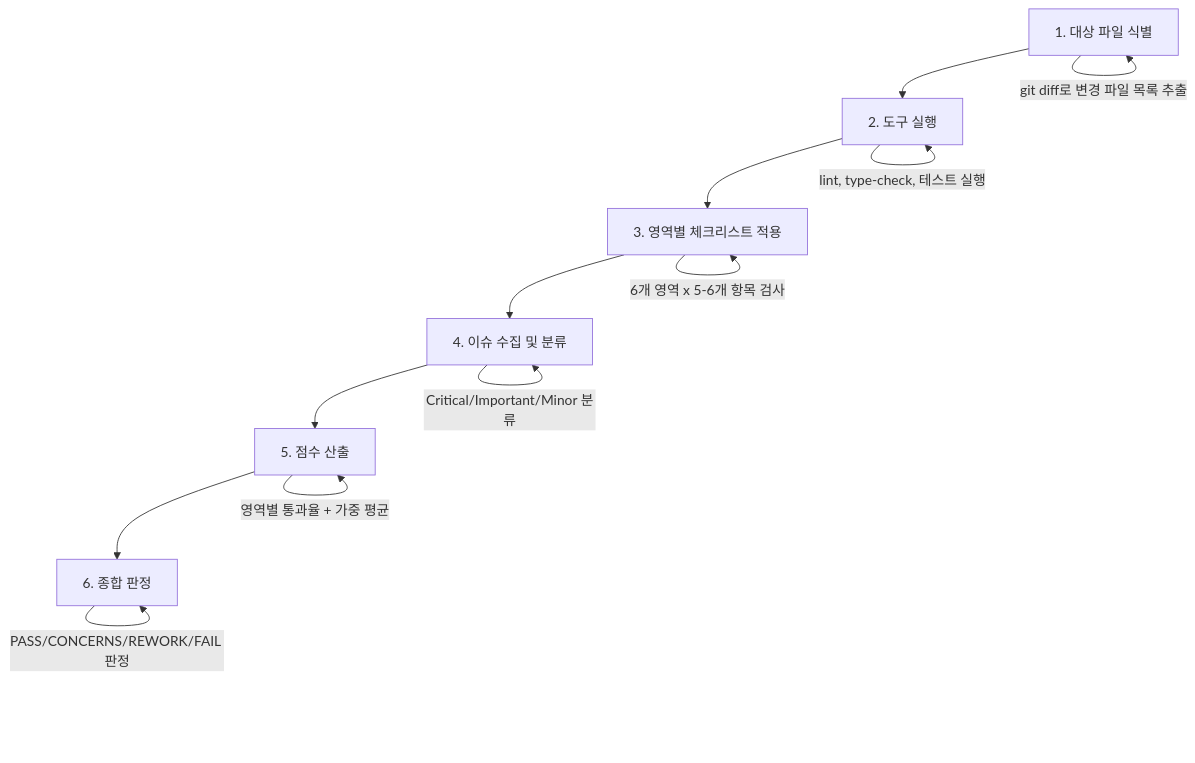
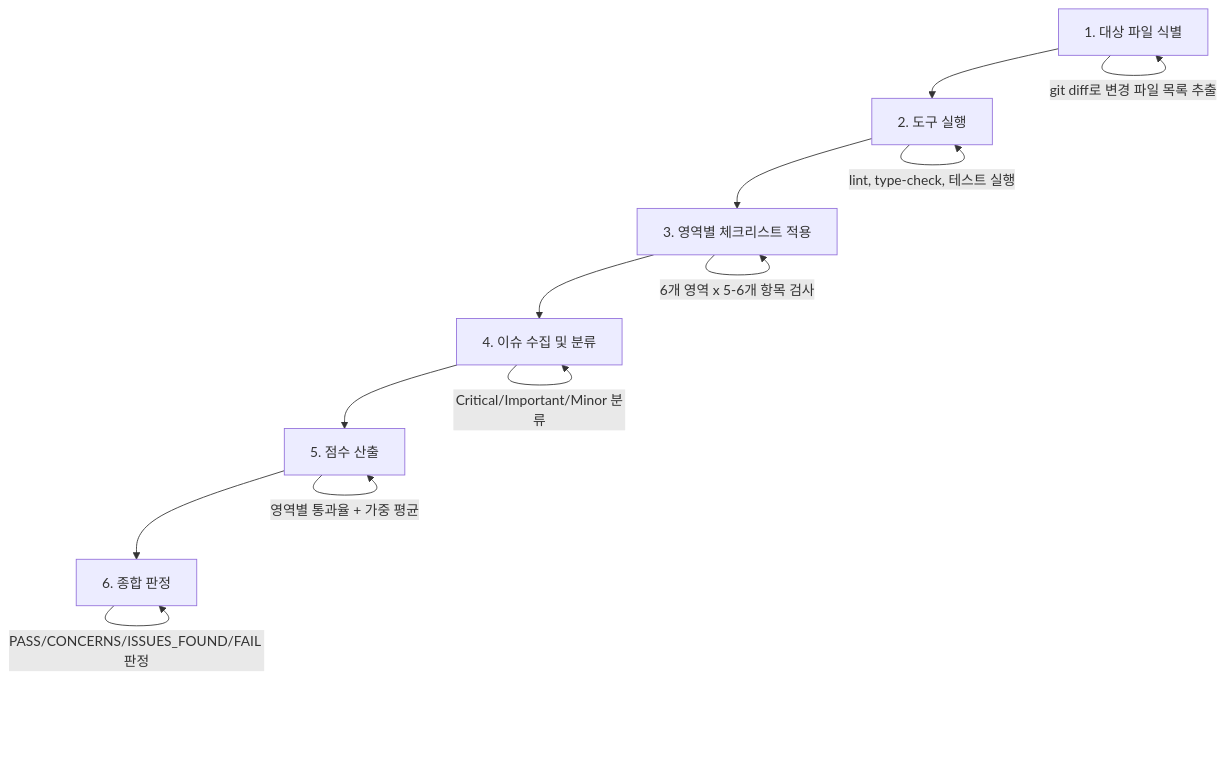
The diagram in .claude/skills/review-comprehensive/SKILL.md (KoreanLeeChangHyun/claude-workflow), drawn with Mermaid before and after one commit. The commit also changed other lines of this file and 62 other files, not shown here.

````diff
--- a/.claude/skills/review-comprehensive/SKILL.md
+++ b/.claude/skills/review-comprehensive/SKILL.md
@@ -128,15 +129,15 @@
 ```mermaid
 flowchart TD
     A[1. 대상 파일 식별] --> B[2. 도구 실행]
     B --> C[3. 영역별 체크리스트 적용]
     C --> D[4. 이슈 수집 및 분류]
     D --> E[5. 점수 산출]
     E --> F[6. 종합 판정]
 
     A -->|git diff로 변경 파일 목록 추출| A
     B -->|lint, type-check, 테스트 실행| B
     C -->|6개 영역 x 5-6개 항목 검사| C
     D -->|Critical/Important/Minor 분류| D
     E -->|영역별 통과율 + 가중 평균| E
-    F -->|PASS/CONCERNS/REWORK/FAIL 판정| F
+    F -->|PASS/CONCERNS/ISSUES_FOUND/FAIL 판정| F
 ```
````
